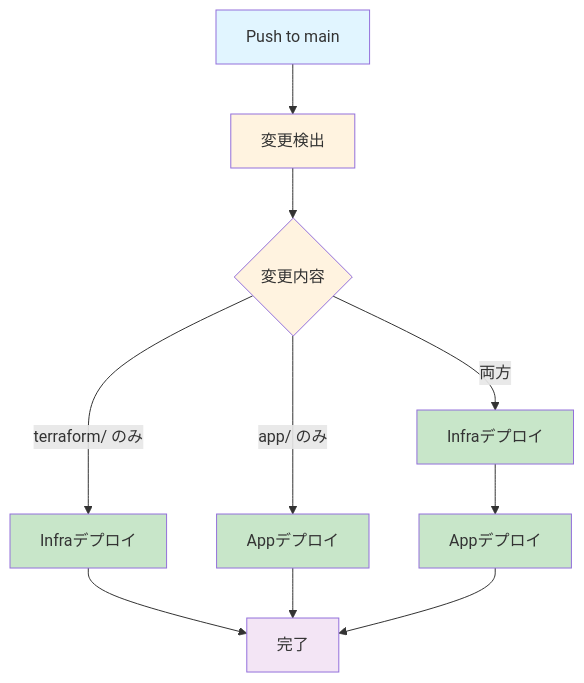
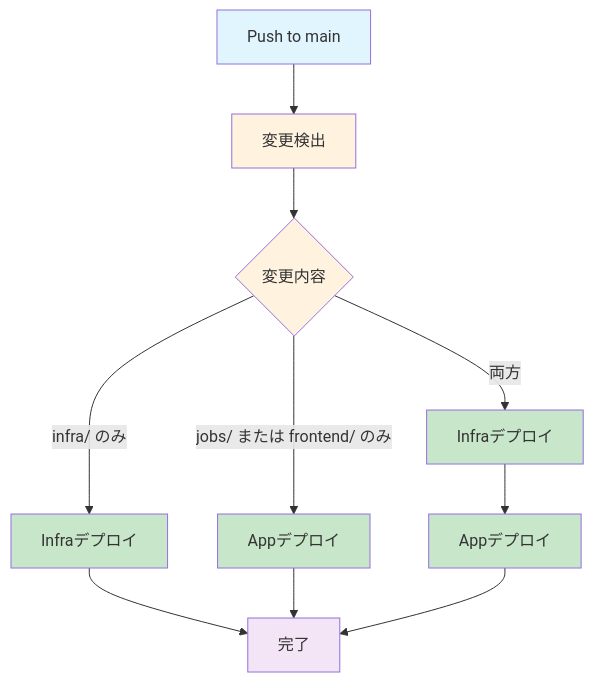
One commit to riririyo-1/gcp-semicon-survey-automation changed the second of 2 diagrams in README.md. Above: the diagram before and after it, drawn with Mermaid. The commit also changed other lines of this file and 34 other files, not shown here.

````diff
--- a/README.md
+++ b/README.md
@@ -69,25 +173,25 @@
 ```mermaid
 graph TB
     A[Push to main] --> B[変更検出]
 
     B --> C{変更内容}
 
-    C -->|terraform/ のみ| D[Infraデプロイ]
-    C -->|app/ のみ| E[Appデプロイ]
+    C -->|infra/ のみ| D[Infraデプロイ]
+    C -->|jobs/ または frontend/ のみ| E[Appデプロイ]
     C -->|両方| F[Infraデプロイ]
 
     F --> G[Appデプロイ]
 
     D --> H[完了]
     E --> H
     G --> H
 
     style A fill:#e1f5ff
     style B fill:#fff3e0
     style C fill:#fff3e0
     style D fill:#c8e6c9
     style E fill:#c8e6c9
     style F fill:#c8e6c9
     style G fill:#c8e6c9
     style H fill:#f3e5f5
 ```
````
